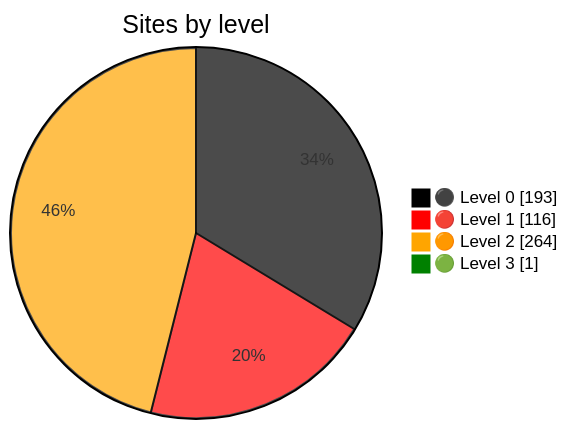
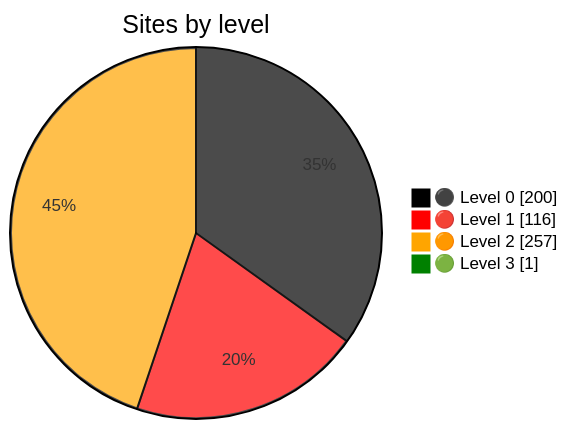
The diagram in README.md (Dushmilan/gov_lk_web_auditor), drawn with Mermaid before and after one commit. The commit also changed other lines of this file and 2569 other files, not shown here.

````diff
--- a/README.md
+++ b/README.md
@@ -24,9 +24,9 @@
 ```mermaid
 %%{init: {"themeVariables":{"pie1":"black","pie2":"red","pie3":"orange","pie4":"green"}}}%%
 pie showData
     title Sites by level
-    "⚫ Level 0" : 193
+    "⚫ Level 0" : 200
     "🔴 Level 1" : 116
-    "🟠 Level 2" : 264
+    "🟠 Level 2" : 257
     "🟢 Level 3" : 1
 ```
````
